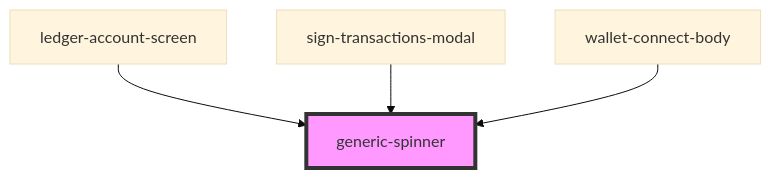
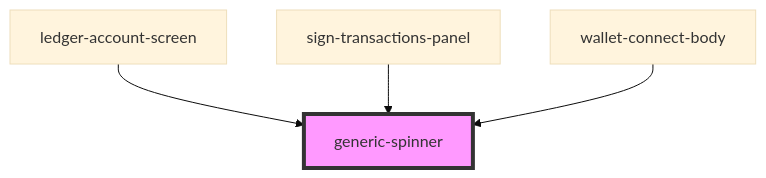
One commit to multiversx/mx-sdk-dapp-ui changed the diagram in src/common/generic-spinner/readme.md. Above: the diagram before and after it, drawn with Mermaid (base theme). The commit also changed other lines of this file and 31 other files, not shown here.

````diff
--- a/src/common/generic-spinner/readme.md
+++ b/src/common/generic-spinner/readme.md
@@ -17,7 +17,7 @@
 ```mermaid
 graph TD;
   ledger-account-screen --> generic-spinner
-  sign-transactions-modal --> generic-spinner
+  sign-transactions-panel --> generic-spinner
   wallet-connect-body --> generic-spinner
   style generic-spinner fill:#f9f,stroke:#333,stroke-width:4px
 ```
````
